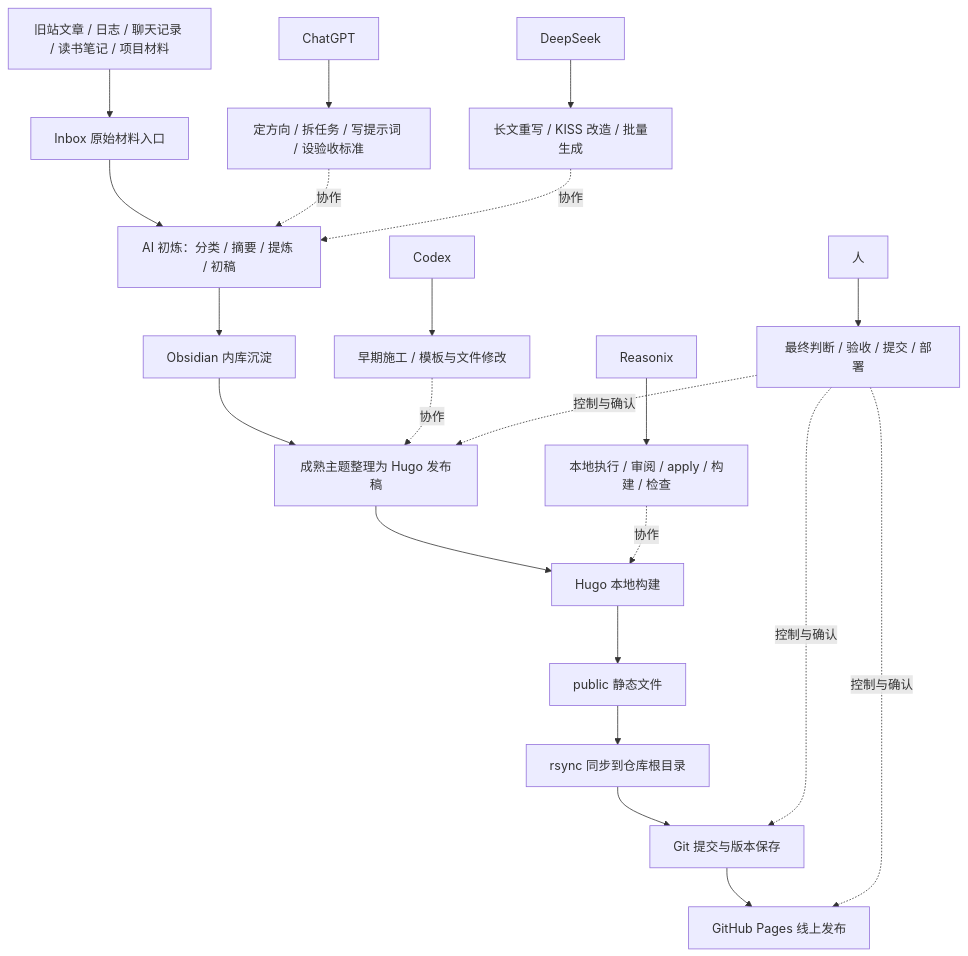
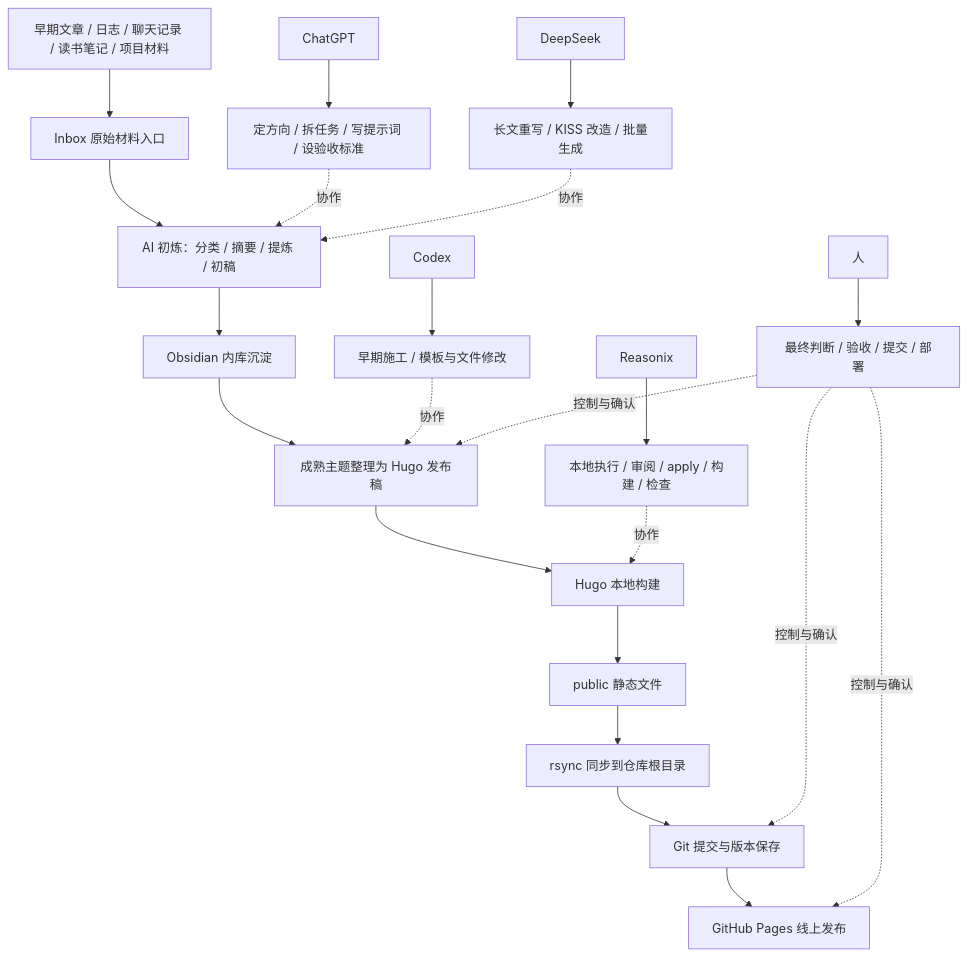
The diagram in hugo-site/content/about.md (angelife/angelife.github.com), drawn with Mermaid before and after one commit. The commit also changed other lines of this file and 9 other files, not shown here.

````diff
--- a/hugo-site/content/about.md
+++ b/hugo-site/content/about.md
@@ -190,26 +190,26 @@
 ```mermaid
 flowchart TD
-    A[旧站文章 / 日志 / 聊天记录 / 读书笔记 / 项目材料] --> B[Inbox 原始材料入口]
+    A[早期文章 / 日志 / 聊天记录 / 读书笔记 / 项目材料] --> B[Inbox 原始材料入口]
     B --> C[AI 初炼：分类 / 摘要 / 提炼 / 初稿]
     C --> D[Obsidian 内库沉淀]
     D --> E[成熟主题整理为 Hugo 发布稿]
     E --> F[Hugo 本地构建]
     F --> G[public 静态文件]
     G --> H[rsync 同步到仓库根目录]
     H --> I[Git 提交与版本保存]
     I --> J[GitHub Pages 线上发布]
 
     K[ChatGPT] --> K1[定方向 / 拆任务 / 写提示词 / 设验收标准]
     L[Codex] --> L1[早期施工 / 模板与文件修改]
     M[Reasonix] --> M1[本地执行 / 审阅 / apply / 构建 / 检查]
     N[DeepSeek] --> N1[长文重写 / KISS 改造 / 批量生成]
     O[人] --> O1[最终判断 / 验收 / 提交 / 部署]
 
     K1 -.协作.-> C
     L1 -.协作.-> E
     M1 -.协作.-> F
     N1 -.协作.-> C
     O1 -.控制与确认.-> E
     O1 -.控制与确认.-> I
     O1 -.控制与确认.-> J
 ```
````
